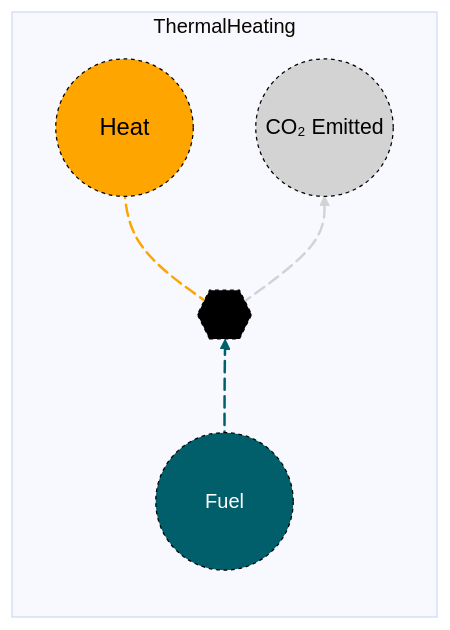
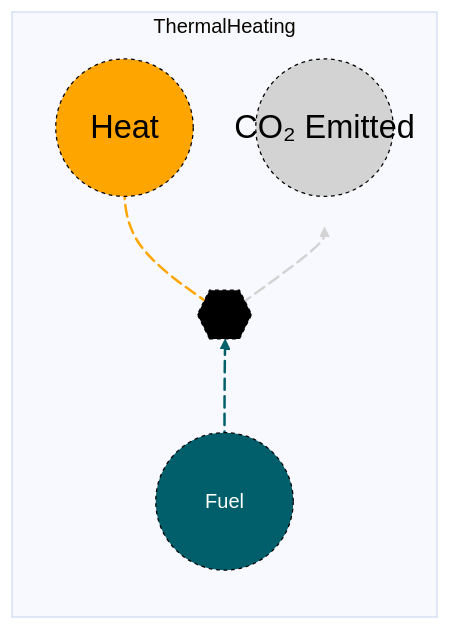
Before and after one commit to acheng1757/MacroEnergy-Abbie.jl: the diagram in docs/src/Manual/assets/thermalheating.md, drawn with Mermaid. The commit also changed 3 other files, not shown here.

Commit message:
Updated font size of graphs

````diff
--- a/docs/src/Manual/assets/thermalheating.md
+++ b/docs/src/Manual/assets/thermalheating.md
@@ -22,22 +22,22 @@
 ```mermaid
 %%{init: {'theme': 'base', 'themeVariables': { 'background': '#D1EBDE' }}}%%
 flowchart LR
   subgraph ThermalHeating
   direction BT
   A((Fuel)) e1@ --> B{{..}}
   B e2@ --> C((Heat))
   B e3@ --> D((CO₂ Emitted))
   e1@{animate: true}
   e2@{animate: true}
   e3@{animate: true}
  end
     style A r:55px,fill:#005F6A,stroke:black,color:white,stroke-dasharray: 3,5;
     style B r:55px,fill:black,stroke:black,color:black,stroke-dasharray: 3,5;
-    style C font-size:19px,r:55px,fill:#FFA500,stroke:black,color:black,stroke-dasharray: 3,5;
-    style D font-size:17px,r:55px,fill:lightgray,stroke:black,color:black,stroke-dasharray: 3,5;
+    style C font-size:26px,r:55px,fill:#FFA500,stroke:black,color:black,stroke-dasharray: 3,5;
+    style D font-size:26px,r:55px,fill:lightgray,stroke:black,color:black,stroke-dasharray: 3,5;
 
   linkStyle 0 stroke:#005F6A, stroke-width: 2px;
   linkStyle 1 stroke:#FFA500, stroke-width: 2px;
   linkStyle 2 stroke:lightgray, stroke-width: 2px;
 
 ```
````
